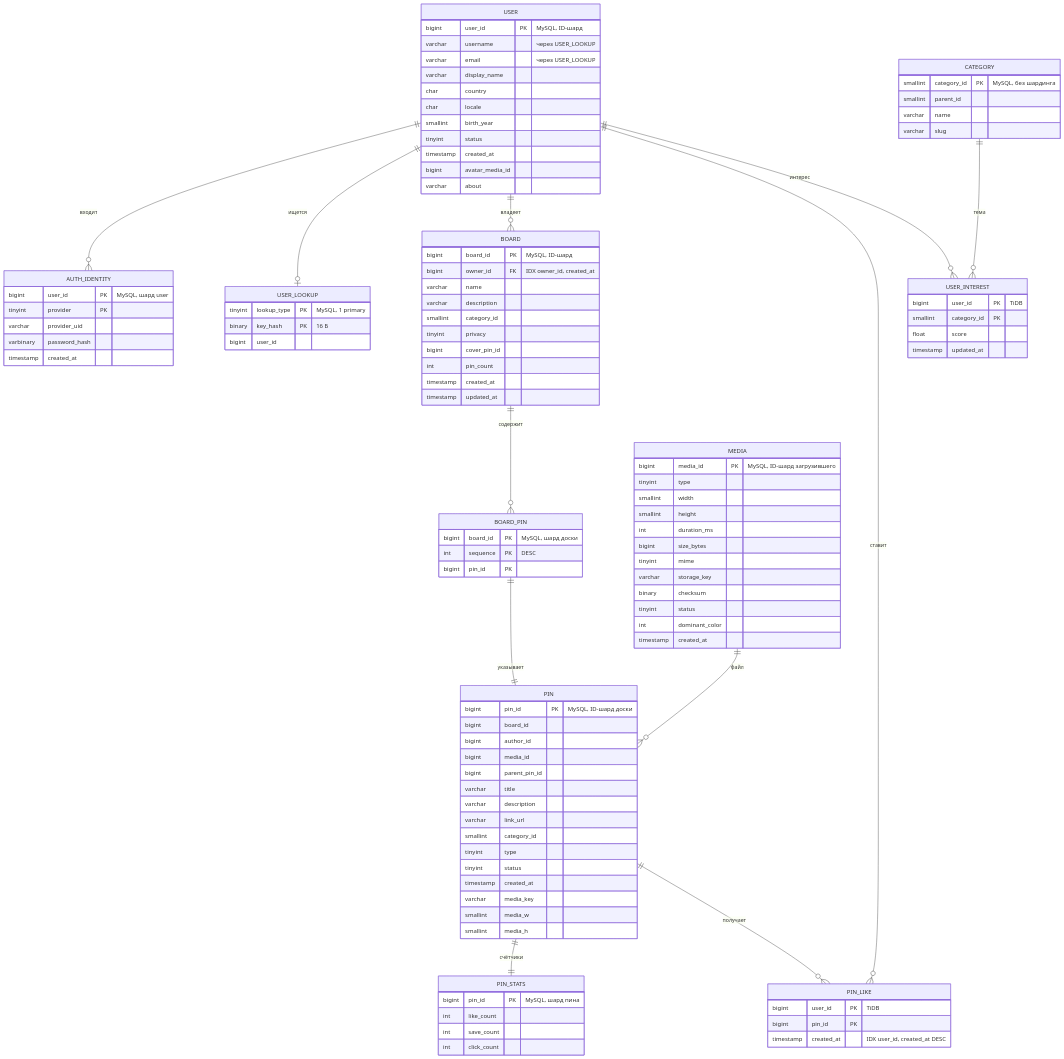
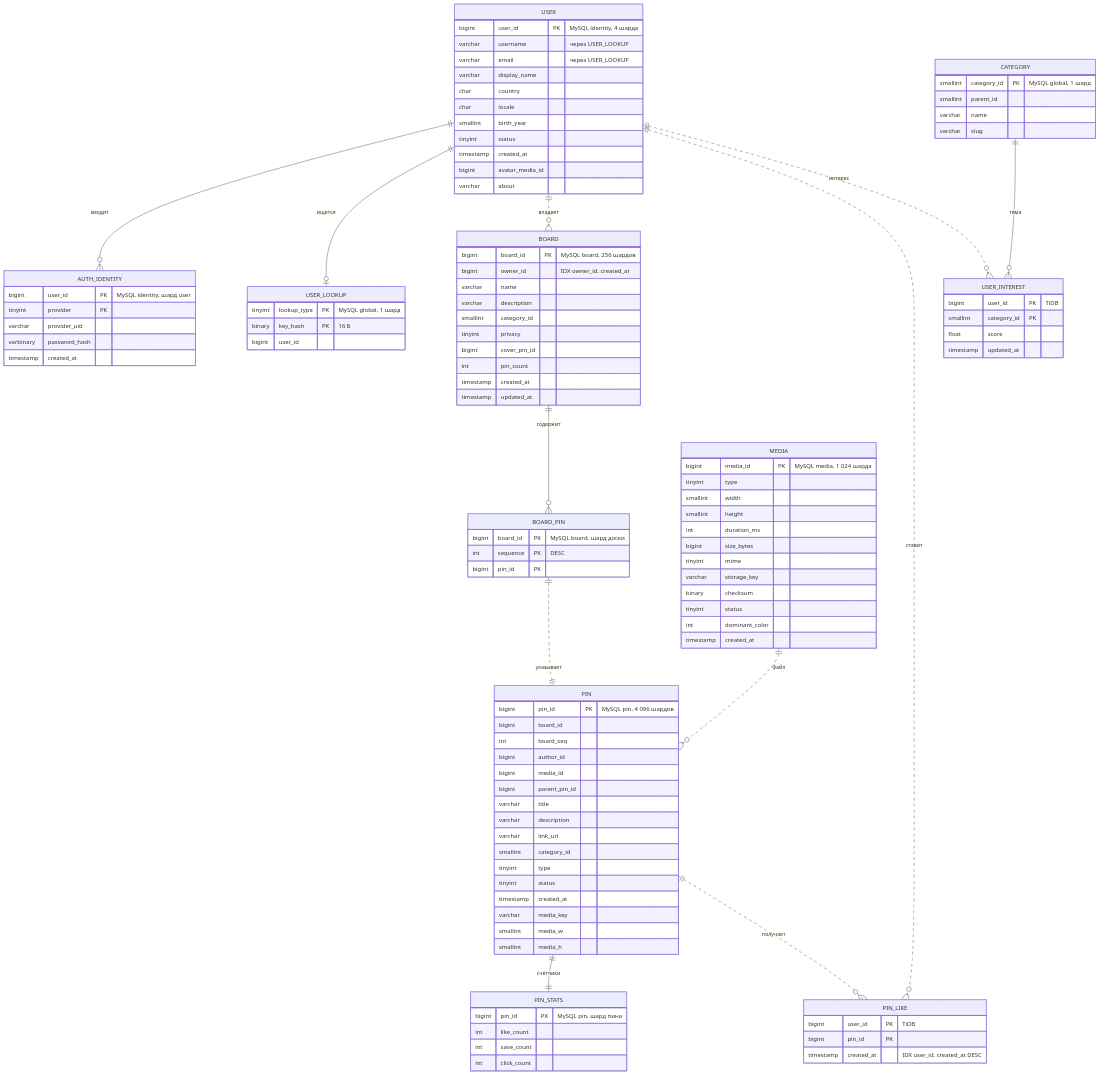
One commit to TOOSTEER/Highload_TechnoPark changed the sixth of 10 diagrams in README.md. Above: the diagram before and after it, drawn with Mermaid. The commit also changed other lines of this file, not shown here.

````diff
--- a/README.md
+++ b/README.md
@@ -699,18 +705,18 @@
 erDiagram
     USER ||--o{ AUTH_IDENTITY : "входит"
     USER ||--o| USER_LOOKUP : "ищется"
-    USER ||--o{ BOARD : "владеет"
+    USER ||..o{ BOARD : "владеет"
     BOARD ||--o{ BOARD_PIN : "содержит"
-    BOARD_PIN ||--|| PIN : "указывает"
-    MEDIA ||--o{ PIN : "файл"
+    BOARD_PIN ||..|| PIN : "указывает"
+    MEDIA ||..o{ PIN : "файл"
     PIN ||--|| PIN_STATS : "счётчики"
-    USER ||--o{ PIN_LIKE : "ставит"
-    PIN ||--o{ PIN_LIKE : "получает"
-    USER ||--o{ USER_INTEREST : "интерес"
+    USER ||..o{ PIN_LIKE : "ставит"
+    PIN ||..o{ PIN_LIKE : "получает"
+    USER ||..o{ USER_INTEREST : "интерес"
     CATEGORY ||--o{ USER_INTEREST : "тема"
 
     USER {
-        bigint user_id PK "MySQL, ID-шард"
+        bigint user_id PK "MySQL identity, 4 шарда"
         varchar username "через USER_LOOKUP"
         varchar email "через USER_LOOKUP"
         varchar display_name
@@ -723,20 +729,26 @@
         varchar about
     }
     AUTH_IDENTITY {
-        bigint user_id PK "MySQL, шард user"
+        bigint user_id PK "MySQL identity, шард user"
         tinyint provider PK
         varchar provider_uid
         varbinary password_hash
         timestamp created_at
     }
     USER_LOOKUP {
-        tinyint lookup_type PK "MySQL, 1 primary"
+        tinyint lookup_type PK "MySQL global, 1 шард"
         binary key_hash PK "16 Б"
         bigint user_id
     }
+    CATEGORY {
+        smallint category_id PK "MySQL global, 1 шард"
+        smallint parent_id
+        varchar name
+        varchar slug
+    }
     BOARD {
-        bigint board_id PK "MySQL, ID-шард"
-        bigint owner_id FK "IDX owner_id, created_at"
+        bigint board_id PK "MySQL board, 256 шардов"
+        bigint owner_id "IDX owner_id, created_at"
         varchar name
         varchar description
         smallint category_id
@@ -747,13 +759,14 @@
         timestamp updated_at
     }
     BOARD_PIN {
-        bigint board_id PK "MySQL, шард доски"
+        bigint board_id PK "MySQL board, шард доски"
         int sequence PK "DESC"
         bigint pin_id PK
     }
     PIN {
-        bigint pin_id PK "MySQL, ID-шард доски"
+        bigint pin_id PK "MySQL pin, 4 096 шардов"
         bigint board_id
+        int board_seq
         bigint author_id
         bigint media_id
         bigint parent_pin_id
@@ -768,8 +781,14 @@
         smallint media_w
         smallint media_h
     }
+    PIN_STATS {
+        bigint pin_id PK "MySQL pin, шард пина"
+        int like_count
+        int save_count
+        int click_count
+    }
     MEDIA {
-        bigint media_id PK "MySQL, ID-шард загрузившего"
+        bigint media_id PK "MySQL media, 1 024 шарда"
         tinyint type
         smallint width
         smallint height
@@ -782,12 +801,6 @@
         int dominant_color
         timestamp created_at
     }
-    PIN_STATS {
-        bigint pin_id PK "MySQL, шард пина"
-        int like_count
-        int save_count
-        int click_count
-    }
     PIN_LIKE {
         bigint user_id PK "TiDB"
         bigint pin_id PK
@@ -799,10 +812,4 @@
         float score
         timestamp updated_at
     }
-    CATEGORY {
-        smallint category_id PK "MySQL, без шардинга"
-        smallint parent_id
-        varchar name
-        varchar slug
-    }
 ```
````
